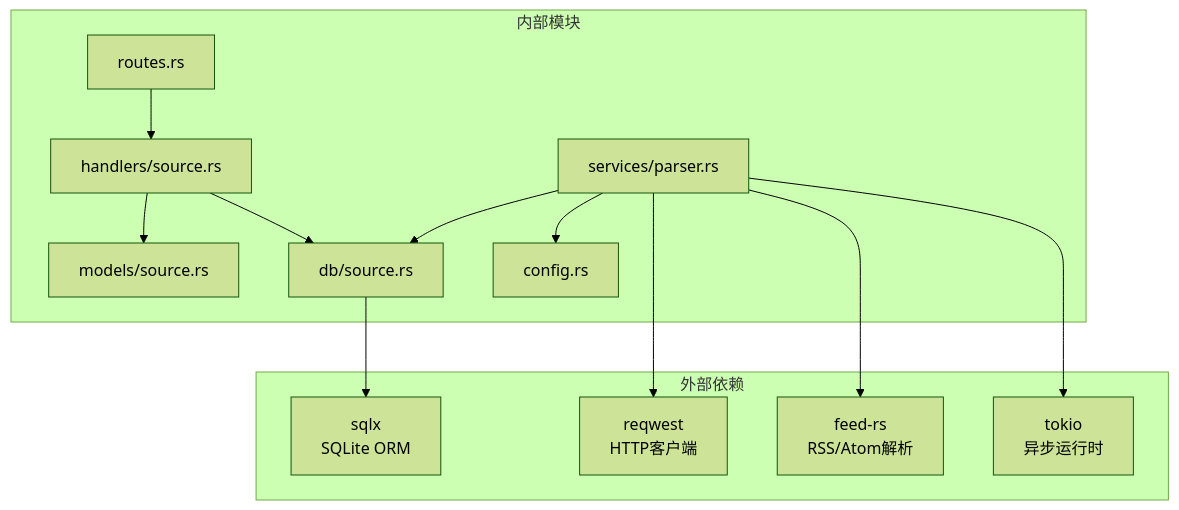
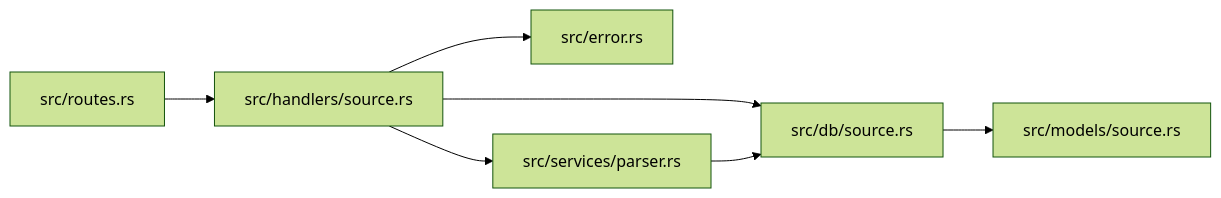
The sixth of 6 diagrams in .qoder/repowiki/zh/content/API接口文档/数据源管理API.md (leimu-hue/AI-Trend-Tool), drawn with Mermaid (forest theme) before and after one commit. The commit also changed other lines of this file and 118 other files, not shown here.

````diff
--- a/.qoder/repowiki/zh/content/API接口文档/数据源管理API.md
+++ b/.qoder/repowiki/zh/content/API接口文档/数据源管理API.md
@@ -296,26 +309,9 @@
 ```mermaid
-graph TB
-subgraph "外部依赖"
-SQLx["sqlx<br/>SQLite ORM"]
-Reqwest["reqwest<br/>HTTP客户端"]
-FeedRS["feed-rs<br/>RSS/Atom解析"]
-Tokio["tokio<br/>异步运行时"]
-end
-subgraph "内部模块"
-Routes["routes.rs"]
-Handlers["handlers/source.rs"]
-Models["models/source.rs"]
-DB["db/source.rs"]
-Parser["services/parser.rs"]
-Config["config.rs"]
-end
-Routes --> Handlers
-Handlers --> DB
-Handlers --> Models
-DB --> SQLx
+graph LR
+Routes["src/routes.rs"] --> Handlers["src/handlers/source.rs"]
+Handlers --> DB["src/db/source.rs"]
+DB --> Models["src/models/source.rs"]
+Handlers --> Error["src/error.rs"]
+Handlers --> Parser["src/services/parser.rs"]
 Parser --> DB
-Parser --> Reqwest
-Parser --> FeedRS
-Parser --> Tokio
-Parser --> Config
 ```
````
